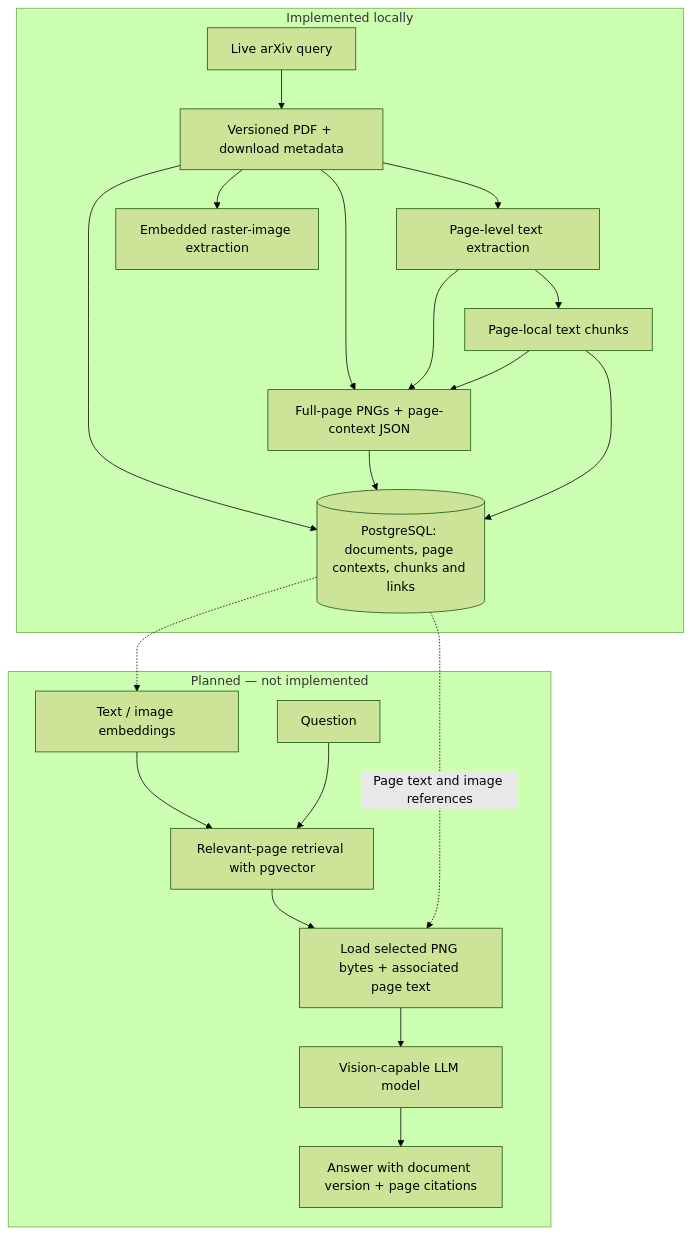
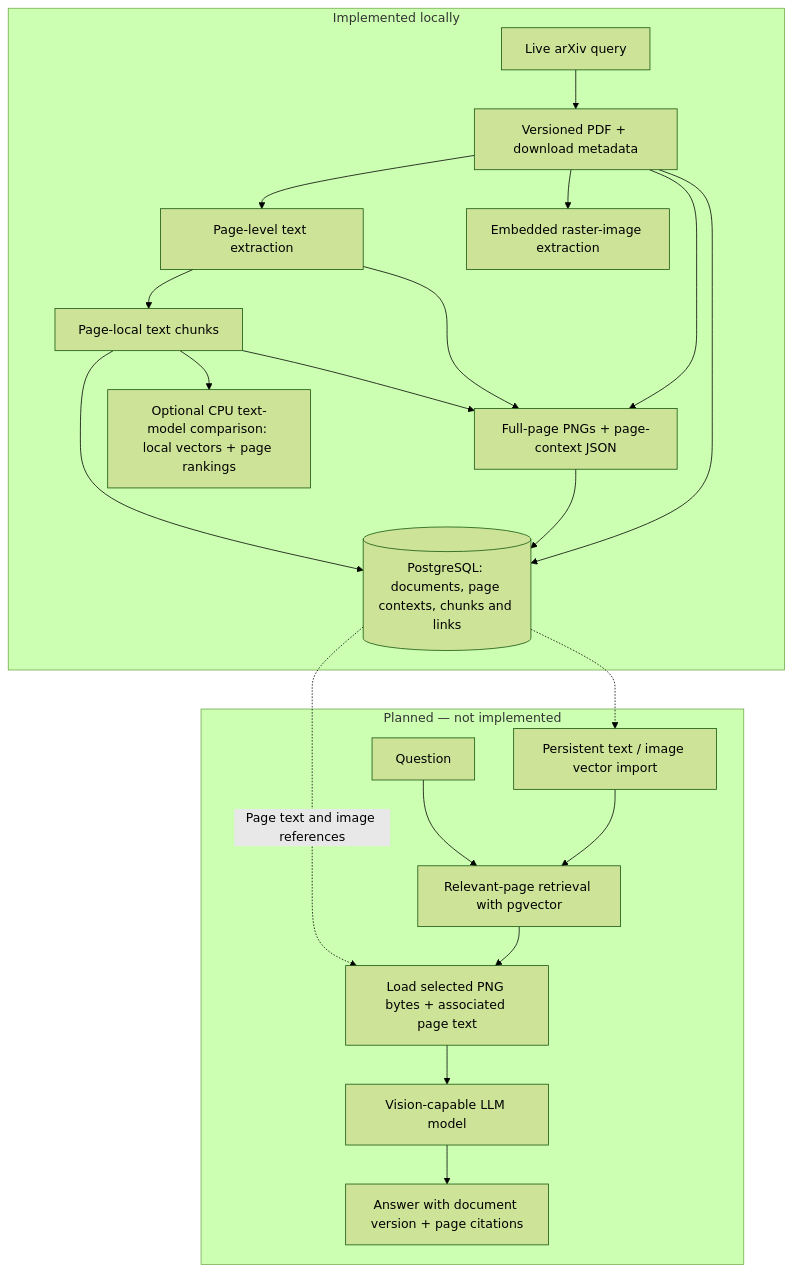
The first of 2 diagrams in README.md (tubakadriye/search4cure-diabetes-multi-agent-system), drawn with Mermaid (forest theme) before and after one commit. The commit also changed other lines of this file and 13 other files, not shown here.

Commit message:
Compare pinned MiniLM and BGE text embeddings

````diff
--- a/README.md
+++ b/README.md
@@ -44,26 +47,27 @@
 ```mermaid
 flowchart TD
     subgraph implemented["Implemented locally"]
         A["Live arXiv query"] --> B["Versioned PDF + download metadata"]
         B --> C["Page-level text extraction"]
         C --> D["Page-local text chunks"]
         B --> E["Full-page PNGs + page-context JSON"]
         C --> E
         D --> E
         B --> F["Embedded raster-image extraction"]
         B --> G[("PostgreSQL: documents, page contexts, chunks and links")]
         E --> G
         D --> G
+        D --> M["Optional CPU text-model comparison: local vectors + page rankings"]
     end
 
     subgraph planned["Planned — not implemented"]
-        H["Text / image embeddings"] --> I["Relevant-page retrieval with pgvector"]
+        H["Persistent text / image vector import"] --> I["Relevant-page retrieval with pgvector"]
         Q["Question"] --> I
         I --> J["Load selected PNG bytes + associated page text"]
         J --> K["Vision-capable LLM model"]
         K --> L["Answer with document version + page citations"]
     end
 
     G -.-> H
     G -.->|"Page text and image references"| J
 ```
````
